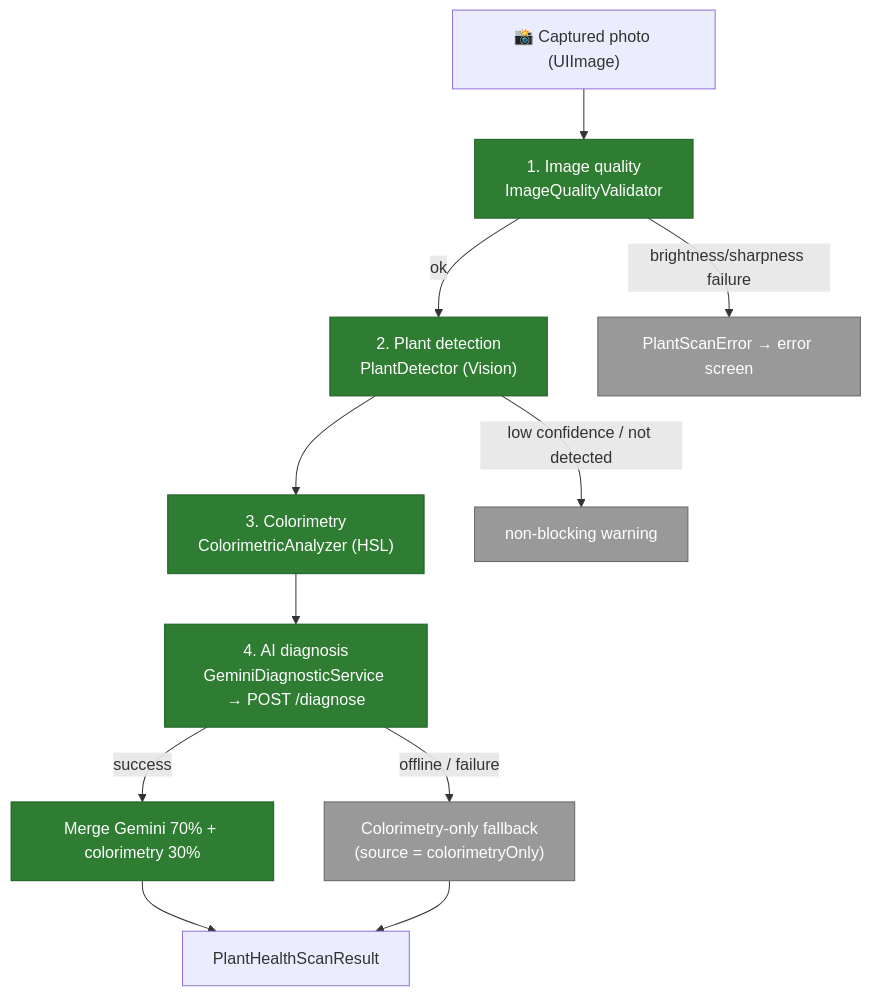
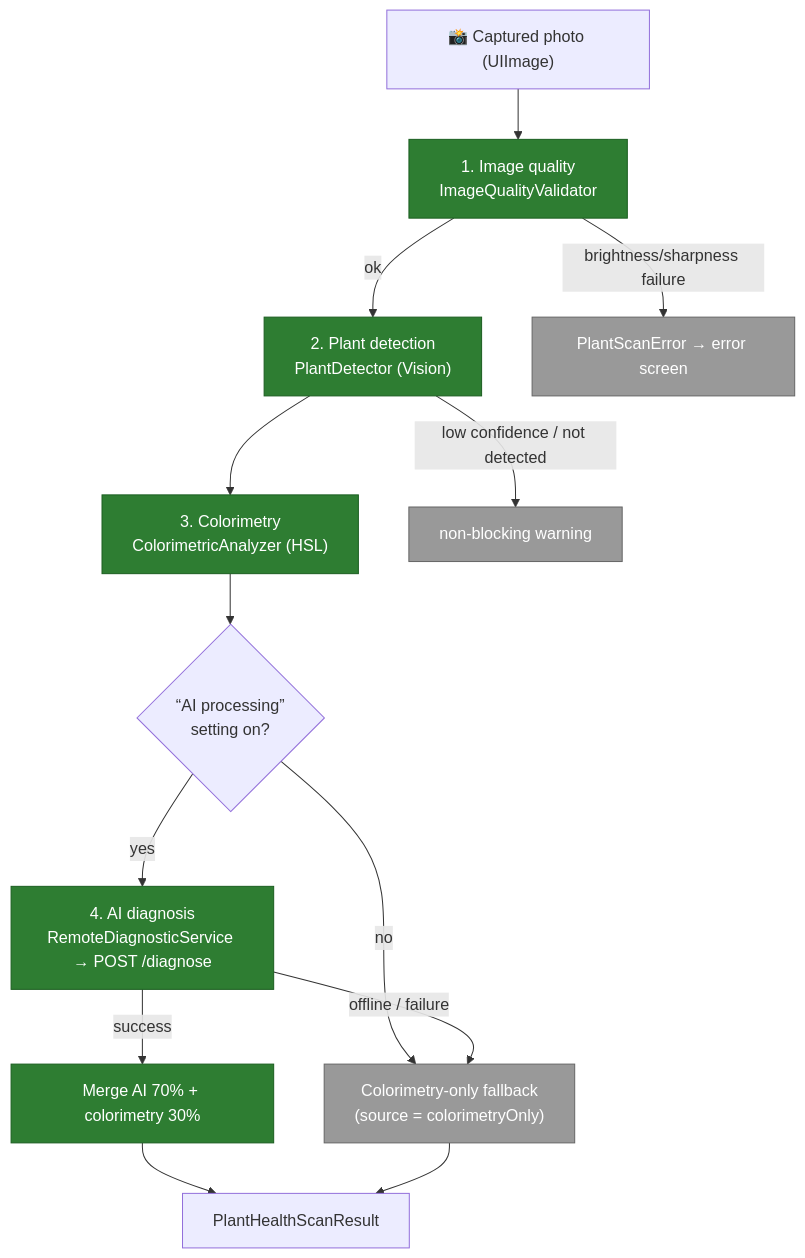
The diagram in docs/en/screens/plant-health-scan.md (ArboreTeam/Arbore), drawn with Mermaid before and after one commit. The commit also changed other lines of this file and 29 other files, not shown here.

````diff
--- a/docs/en/screens/plant-health-scan.md
+++ b/docs/en/screens/plant-health-scan.md
@@ -9,25 +9,28 @@
 ```mermaid
 flowchart TB
     capture["📸 Captured photo (UIImage)"]
     q["1. Image quality<br/>ImageQualityValidator"]
     d["2. Plant detection<br/>PlantDetector (Vision)"]
     c["3. Colorimetry<br/>ColorimetricAnalyzer (HSL)"]
-    g["4. AI diagnosis<br/>GeminiDiagnosticService → POST /diagnose"]
-    merge["Merge Gemini 70% + colorimetry 30%"]
+    pref{"“AI processing”<br/>setting on?"}
+    g["4. AI diagnosis<br/>RemoteDiagnosticService → POST /diagnose"]
+    merge["Merge AI 70% + colorimetry 30%"]
     res["PlantHealthScanResult"]
     fallback["Colorimetry-only fallback<br/>(source = colorimetryOnly)"]
 
     capture --> q
     q -->|brightness/sharpness failure| err["PlantScanError → error screen"]
     q -->|ok| d
     d -->|low confidence / not detected| warn["non-blocking warning"]
     d --> c
-    c --> g
+    c --> pref
+    pref -->|no| fallback
+    pref -->|yes| g
     g -->|success| merge --> res
     g -->|offline / failure| fallback --> res
 
     classDef step fill:#2E7D32,stroke:#1B5E20,color:#fff
     classDef alt fill:#999,stroke:#666,color:#fff
     class q,d,c,g,merge step
     class err,warn,fallback alt
 ```
````
